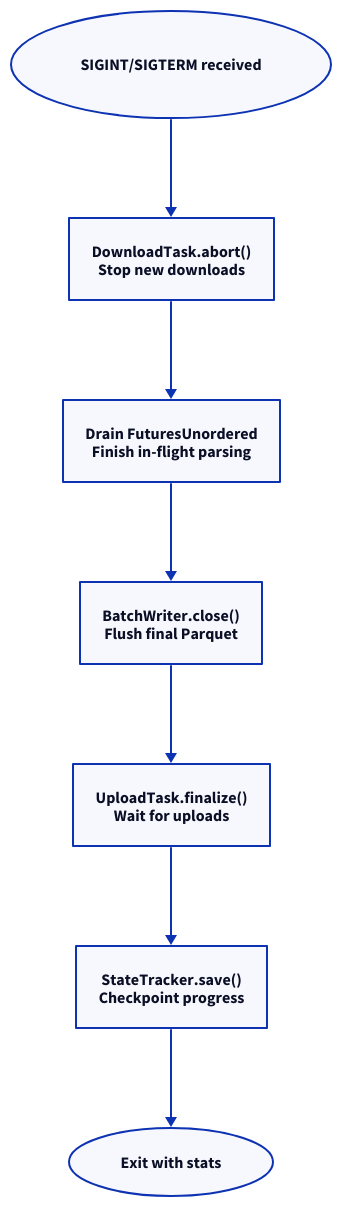
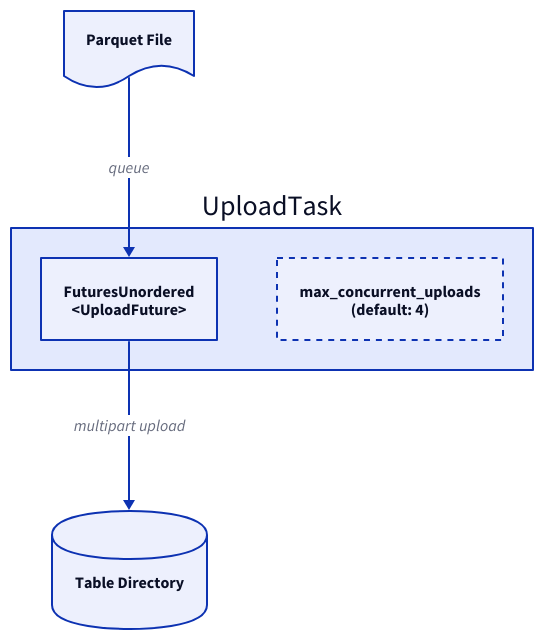
Before and after one commit to benjamin-awd/blizzard: the fourth of 5 diagrams in website/src/content/docs/architecture/pipeline.md, drawn with D2. The commit also changed other lines of this file and 3 other files, not shown here.

Commit message:
docs: add detailed flow diagram

````diff
--- a/website/src/content/docs/architecture/pipeline.md
+++ b/website/src/content/docs/architecture/pipeline.md
@@ -186,13 +148,24 @@
 ```d2
 direction: down
 
-signal: "SIGINT/SIGTERM received" { shape: oval }
-abort: "DownloadTask.abort()\nStop new downloads"
-drain: "Drain FuturesUnordered\nFinish in-flight parsing"
-close: "BatchWriter.close()\nFlush final Parquet"
-finalize: "UploadTask.finalize()\nWait for uploads"
-save: "StateTracker.save()\nCheckpoint progress"
-exit: "Exit with stats" { shape: oval }
+input: Parquet File {
+  shape: document
+}
 
-signal -> abort -> drain -> close -> finalize -> save -> exit
+upload_task: UploadTask {
+  futures: FuturesUnordered {
+    label: "FuturesUnordered\n<UploadFuture>"
+  }
+  concurrent: {
+    label: "max_concurrent_uploads\n(default: 4)"
+    style.stroke-dash: 3
+  }
+}
+
+output: Table Directory {
+  shape: cylinder
+}
+
+input -> upload_task.futures: queue
+upload_task.futures -> output: multipart upload
 ```
````
